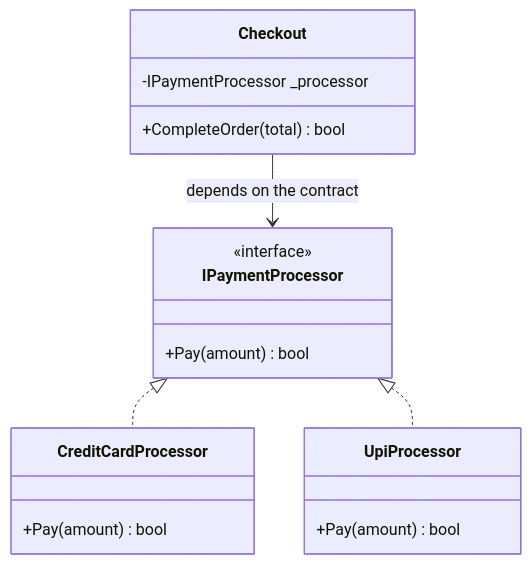
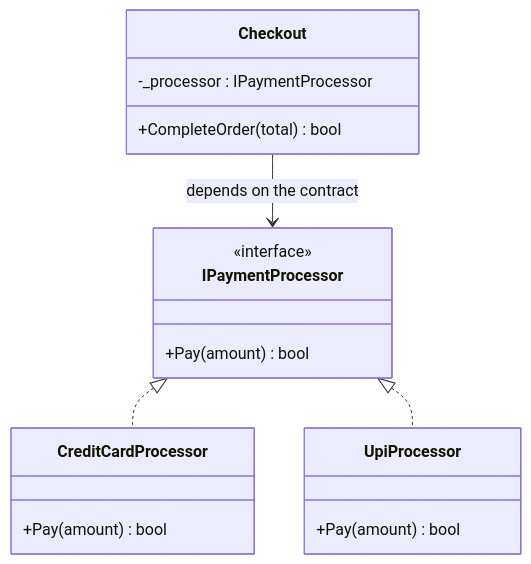
One commit to tushardongre1990/LLD-Claude changed the third of 6 diagrams in 00-Foundations/01-OOP-Basics/notes.md. Above: the diagram before and after it, drawn with Mermaid. The commit also changed other lines of this file and 19 other files, not shown here.

First line of the commit message:
docs(00-Foundations): fix mermaid attribute ordering to name : type

````diff
--- a/00-Foundations/01-OOP-Basics/notes.md
+++ b/00-Foundations/01-OOP-Basics/notes.md
@@ -116,20 +116,20 @@
 ```mermaid
 classDiagram
     class IPaymentProcessor {
         <<interface>>
         +Pay(amount) bool
     }
     class CreditCardProcessor {
         +Pay(amount) bool
     }
     class UpiProcessor {
         +Pay(amount) bool
     }
     class Checkout {
-        -IPaymentProcessor _processor
+        -_processor : IPaymentProcessor
         +CompleteOrder(total) bool
     }
     IPaymentProcessor <|.. CreditCardProcessor
     IPaymentProcessor <|.. UpiProcessor
     Checkout --> IPaymentProcessor : depends on the contract
 ```
````
